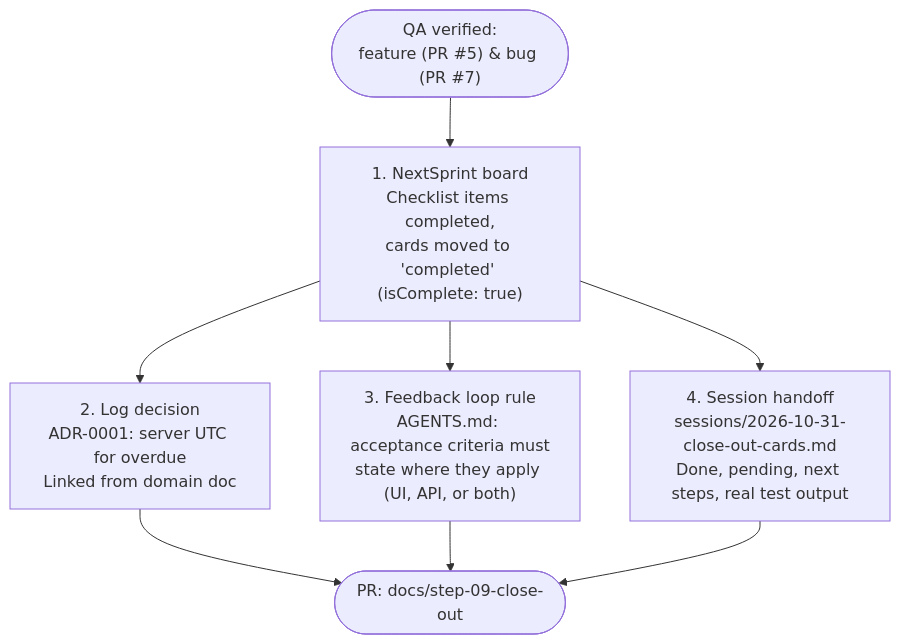
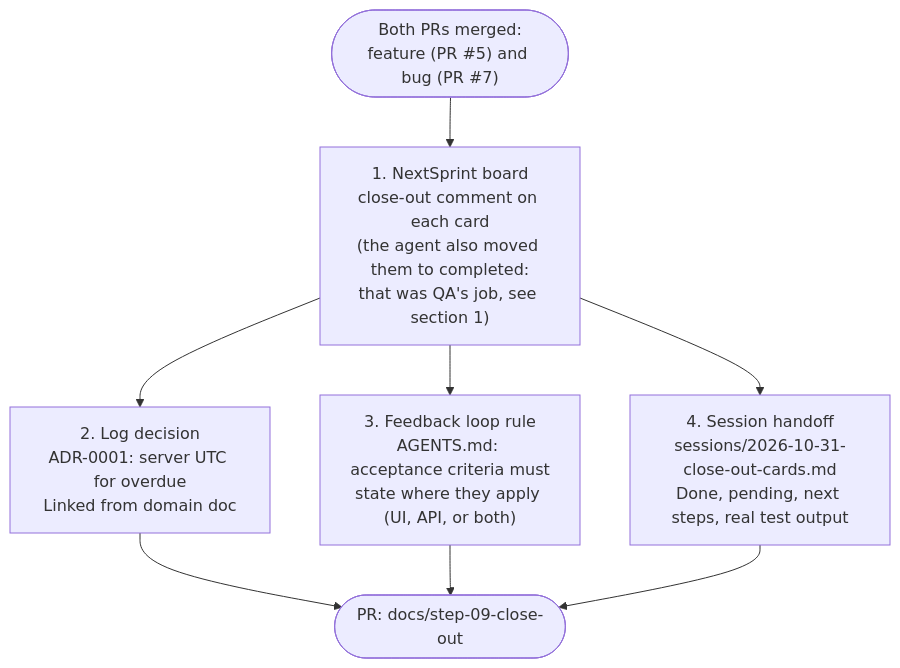
Before and after one commit to its-tahir/nextpak-ai-dlc-demo: the diagram in walkthrough/09-close-out.md, drawn with Mermaid. The commit also changed other lines of this file and 2 other files, not shown here.

First line of the commit message:
docs(step 09): correct the close-out page and the ADR deciders

````diff
--- a/walkthrough/09-close-out.md
+++ b/walkthrough/09-close-out.md
@@ -11,8 +15,8 @@
 ```mermaid
 flowchart TD
-    qa(["QA verified:<br/>feature (PR #5) & bug (PR #7)"]) --> board["1. NextSprint board<br/>Checklist items completed,<br/>cards moved to 'completed' (isComplete: true)"]
+    qa(["Both PRs merged:<br/>feature (PR #5) and bug (PR #7)"]) --> board["1. NextSprint board<br/>close-out comment on each card<br/>(the agent also moved them to completed:<br/>that was QA's job, see section 1)"]
     board --> adr["2. Log decision<br/>ADR-0001: server UTC for overdue<br/>Linked from domain doc"]
     board --> rule["3. Feedback loop rule<br/>AGENTS.md: acceptance criteria must<br/>state where they apply (UI, API, or both)"]
     board --> handoff["4. Session handoff<br/>sessions/2026-10-31-close-out-cards.md<br/>Done, pending, next steps, real test output"]
     adr & rule & handoff --> pr(["PR: docs/step-09-close-out"])
 ```
````
